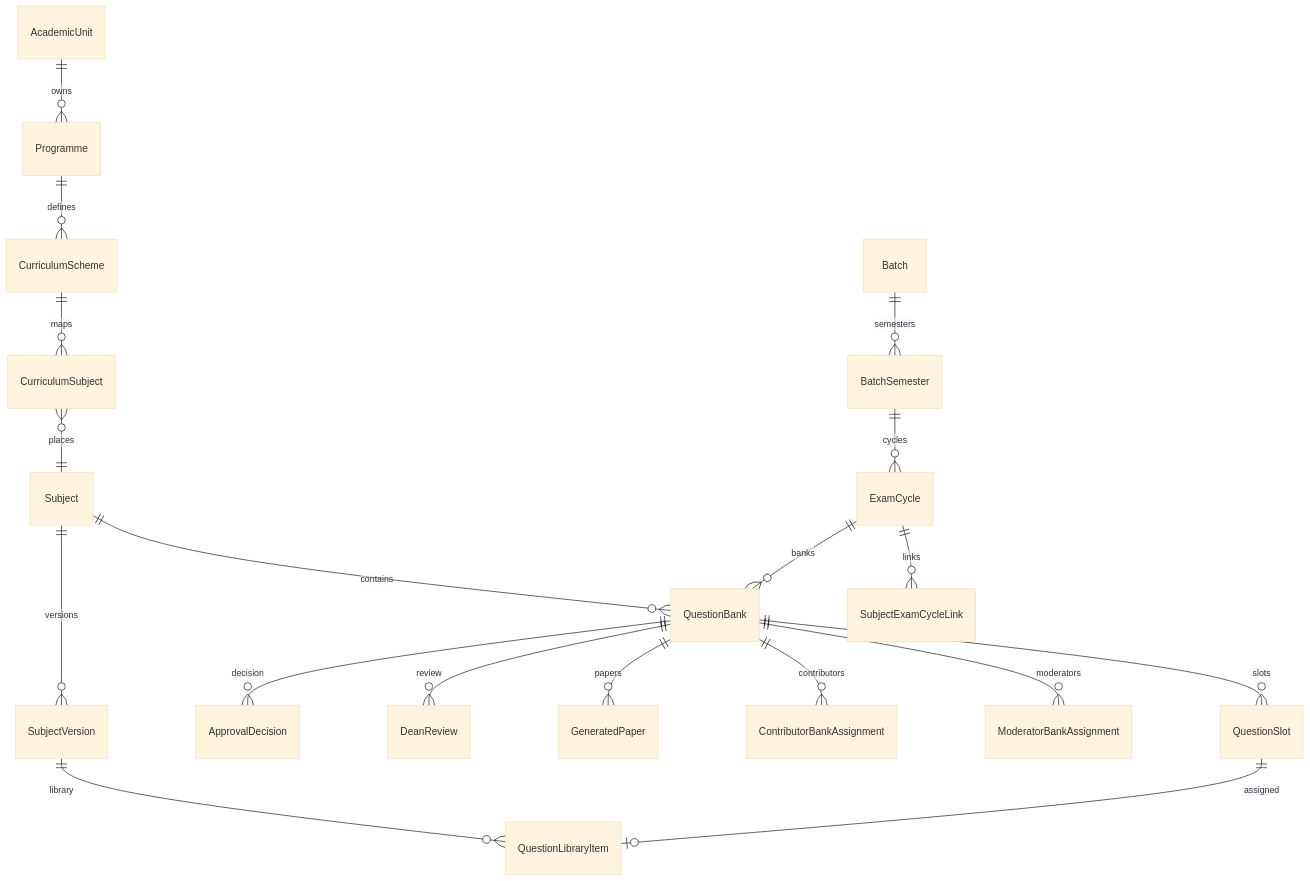
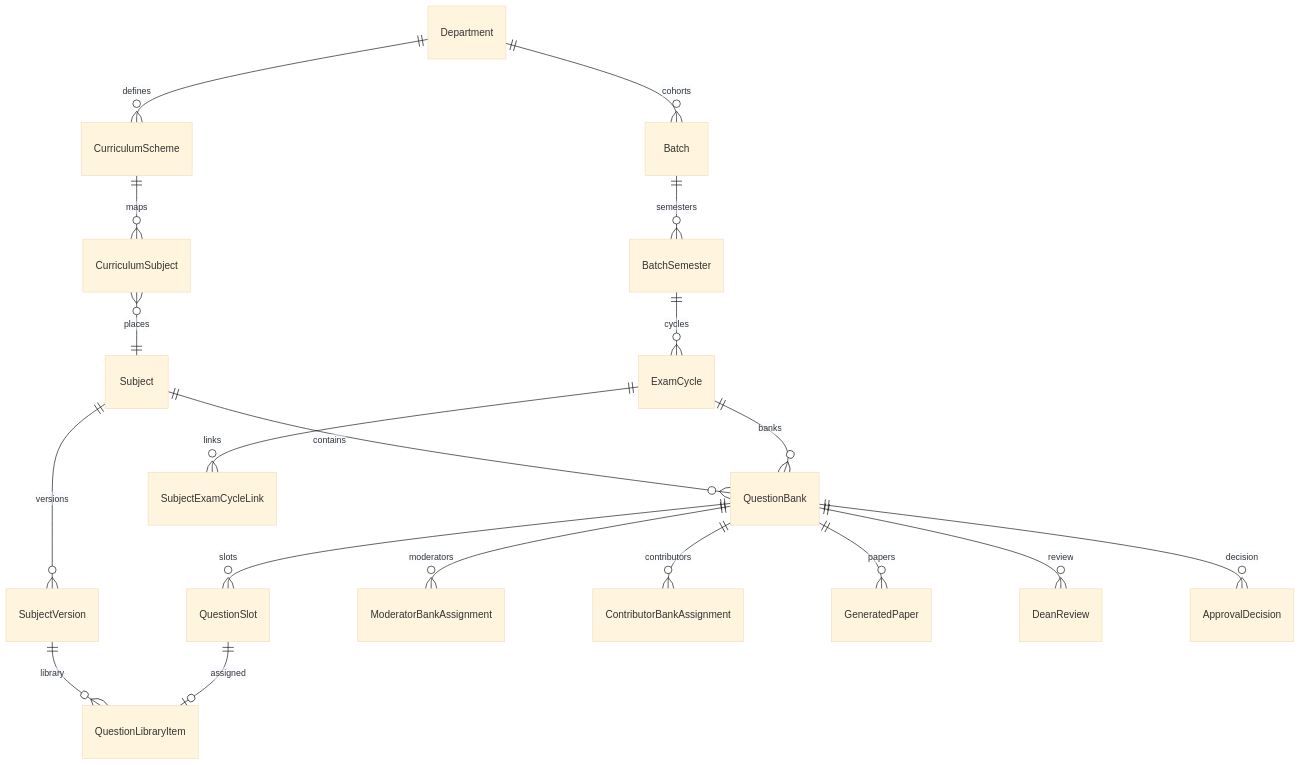
The third of 6 diagrams in README.md (Newer1107/EMQPGS), drawn with Mermaid (base theme) before and after one commit. The commit also changed other lines of this file and 60 other files, not shown here.

First line of the commit message:
refactor: remove AcademicUnit and Programme models, rename related fields and relations to Department

````diff
--- a/README.md
+++ b/README.md
@@ -85,21 +85,21 @@
 ```mermaid
 erDiagram
-    AcademicUnit ||--o{ Programme : owns
-    Programme ||--o{ CurriculumScheme : defines
+    Department ||--o{ CurriculumScheme : defines
     CurriculumScheme ||--o{ CurriculumSubject : maps
     CurriculumSubject }o--|| Subject : places
     Subject ||--o{ QuestionBank : contains
     Subject ||--o{ SubjectVersion : versions
     SubjectVersion ||--o{ QuestionLibraryItem : library
     QuestionBank ||--o{ QuestionSlot : slots
     QuestionSlot ||--o| QuestionLibraryItem : assigned
     QuestionBank ||--o{ ModeratorBankAssignment : moderators
     QuestionBank ||--o{ ContributorBankAssignment : contributors
     QuestionBank ||--o{ GeneratedPaper : papers
     QuestionBank ||--o{ DeanReview : review
     QuestionBank ||--o{ ApprovalDecision : decision
+    Department ||--o{ Batch : cohorts
     Batch ||--o{ BatchSemester : semesters
     BatchSemester ||--o{ ExamCycle : cycles
     ExamCycle ||--o{ SubjectExamCycleLink : links
     ExamCycle ||--o{ QuestionBank : banks
 ```
````
